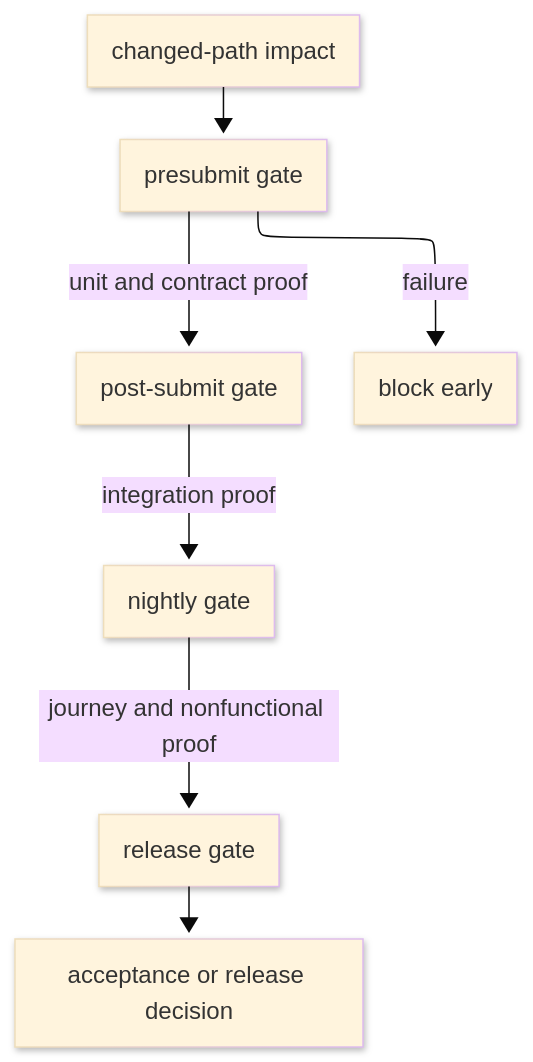
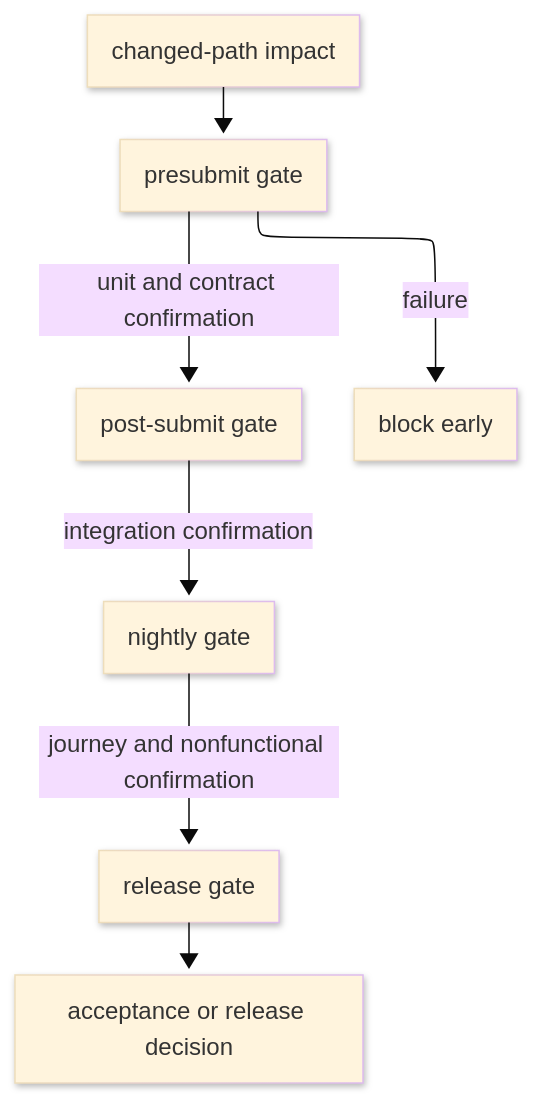
The diagram in docs/standards/explanation/test-strategy.md (bsamiee/Rasm), drawn with Mermaid before and after one commit. The commit also changed other lines of this file and 119 other files, not shown here.

````diff
--- a/docs/standards/explanation/test-strategy.md
+++ b/docs/standards/explanation/test-strategy.md
@@ -268,21 +245,21 @@
 ```mermaid
 ---
 config:
   layout: elk
   look: neo
   theme: base
   elk:
     mergeEdges: false
     nodePlacementStrategy: BRANDES_KOEPF
     cycleBreakingStrategy: GREEDY_MODEL_ORDER
 ---
 flowchart TB
     accTitle: Test gate latency order
-    accDescr: Testing gates move from presubmit through post-submit, nightly, and release gates, with failures blocking early and later gates adding broader proof before acceptance or release.
+    accDescr: Testing gates move from presubmit through post-submit, nightly, and release gates, with failures blocking early and later gates adding broader confirmation before acceptance or release.
     Change["changed-path impact"] --> Presubmit["presubmit gate"]
-    Presubmit -->|unit and contract proof| PostSubmit["post-submit gate"]
-    PostSubmit -->|integration proof| Nightly["nightly gate"]
-    Nightly -->|journey and nonfunctional proof| Release["release gate"]
+    Presubmit -->|unit and contract confirmation| PostSubmit["post-submit gate"]
+    PostSubmit -->|integration confirmation| Nightly["nightly gate"]
+    Nightly -->|journey and nonfunctional confirmation| Release["release gate"]
     Release --> Decision["acceptance or release decision"]
     Presubmit -->|failure| Block["block early"]
 ```
````
